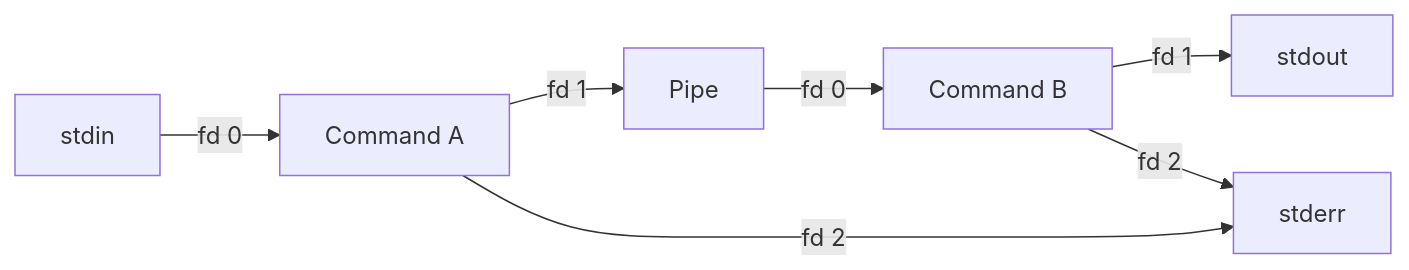
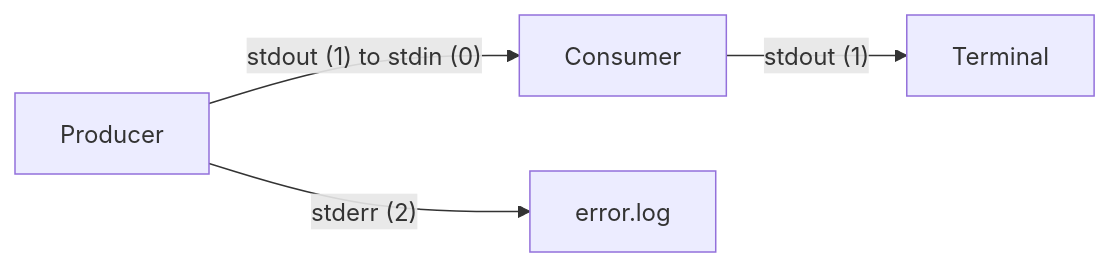
Before and after one commit to tiendu/tiendu.github.io: the second of 2 diagrams in src/content/blog/2025-11-20-bash-useful-stuff.md, drawn with Mermaid. The commit also changed other lines of this file, not shown here.

````diff
--- a/src/content/blog/2025-11-20-bash-useful-stuff.md
+++ b/src/content/blog/2025-11-20-bash-useful-stuff.md
@@ -675,11 +408,8 @@
 ```mermaid
 flowchart LR
-    accTitle: Standard streams in a pipeline
-    accDescr: The first command sends standard output through a pipe to the second command; standard error is separate unless explicitly redirected.
-    I["stdin"] -->|"fd 0"| A["Command A"]
-    A -->|"fd 1"| P["Pipe"]
-    P -->|"fd 0"| B["Command B"]
-    B -->|"fd 1"| O["stdout"]
-    A -->|"fd 2"| E["stderr"]
-    B -->|"fd 2"| E
+    accTitle: Pipe and redirected streams
+    accDescr: The producer stdout feeds the consumer stdin while producer stderr is redirected to a separate error log.
+    A["Producer"] -->|"stdout (1) to stdin (0)"| B["Consumer"]
+    A -->|"stderr (2)"| C["error.log"]
+    B -->|"stdout (1)"| D["Terminal"]
 ```
````
